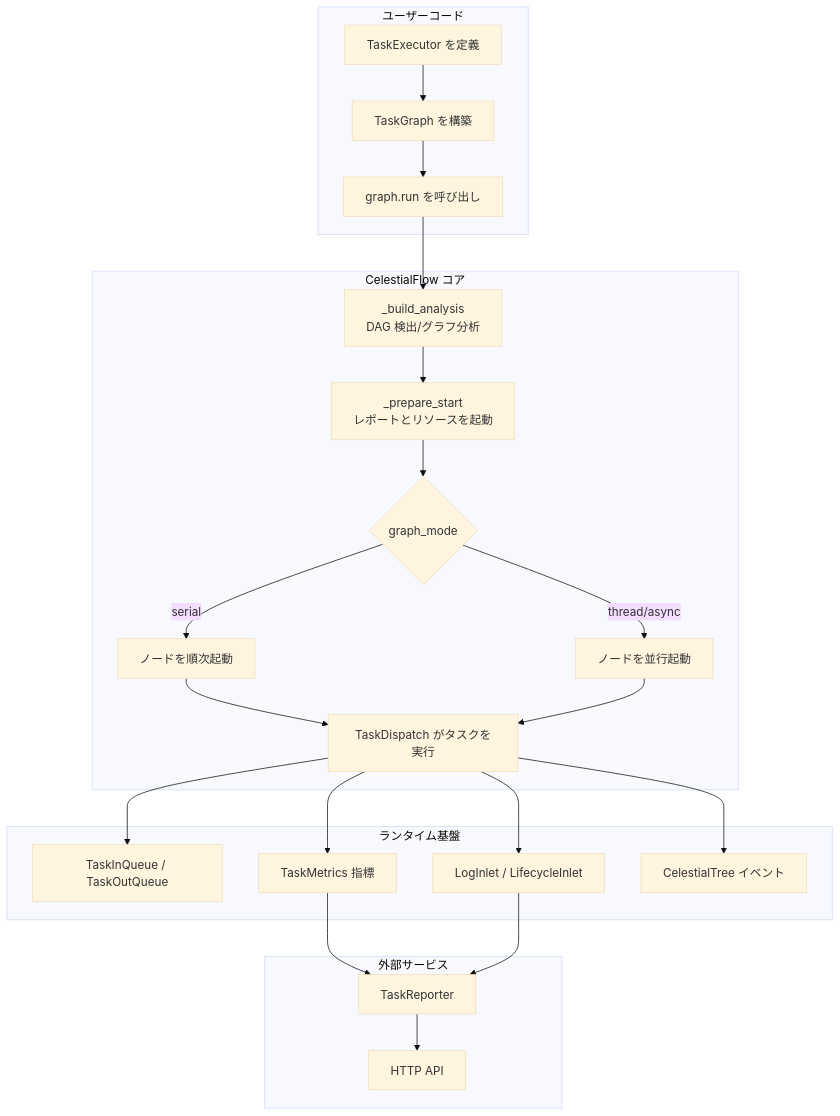
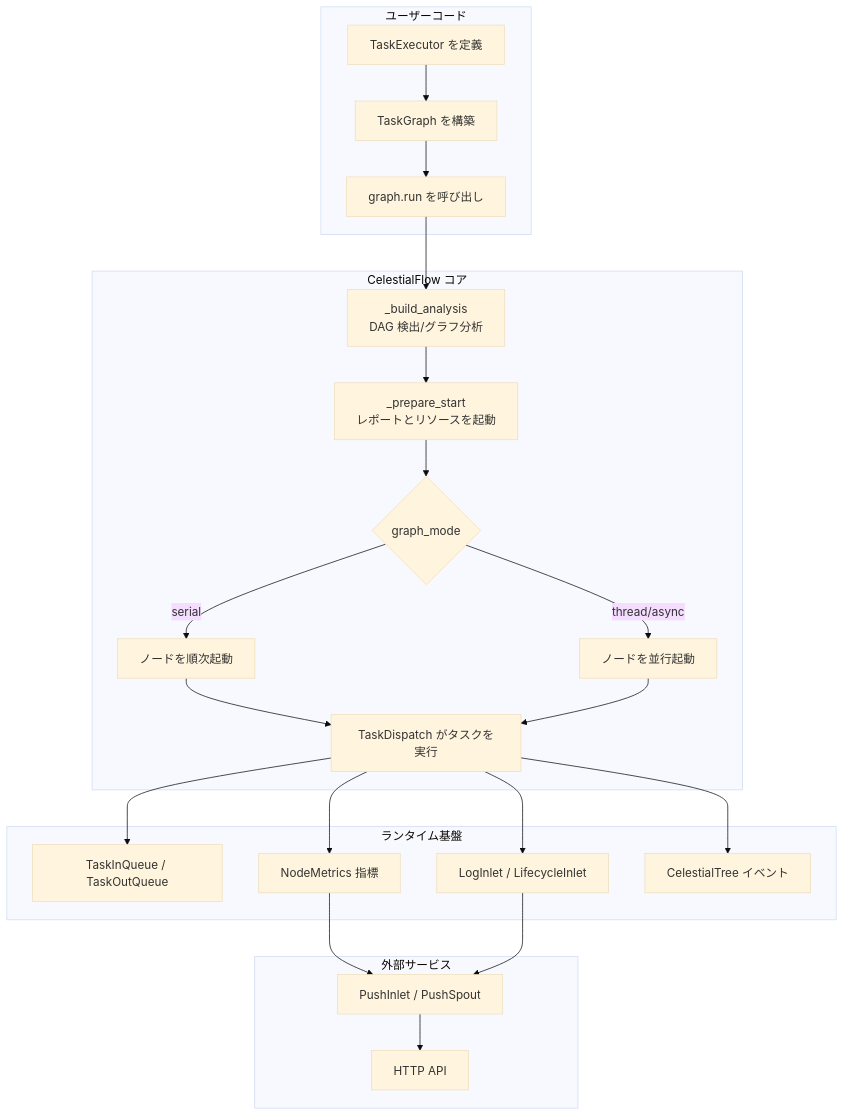
One commit to Mr-xiaotian/CelestialFlow changed the first of 9 diagrams in docs/ja/presentation.md. Above: the diagram before and after it, drawn with Mermaid (base theme). The commit also changed other lines of this file and 157 other files, not shown here.

````diff
--- a/docs/ja/presentation.md
+++ b/docs/ja/presentation.md
@@ -76,33 +76,33 @@
 ```mermaid
 graph TB
     subgraph ユーザーコード
         A[TaskExecutor を定義] --> B[TaskGraph を構築]
         B --> C[graph.run を呼び出し]
     end
 
     subgraph CelestialFlow コア
         C --> D[_build_analysis<br/>DAG 検出/グラフ分析]
         D --> E[_prepare_start<br/>レポートとリソースを起動]
         E --> F{graph_mode}
         F -->|serial| G[ノードを順次起動]
         F -->|thread/async| H[ノードを並行起動]
         G --> I[TaskDispatch がタスクを実行]
         H --> I
     end
 
     subgraph ランタイム基盤
         I --> J[TaskInQueue / TaskOutQueue]
-        I --> K[TaskMetrics 指標]
+        I --> K[NodeMetrics 指標]
         I --> L[LogInlet / LifecycleInlet]
         I --> M[CelestialTree イベント]
     end
 
     subgraph 外部サービス
-        N[TaskReporter]
+        N[PushInlet / PushSpout]
         O[HTTP API]
     end
 
     K --> N
     L --> N
     N --> O
 ```
````
